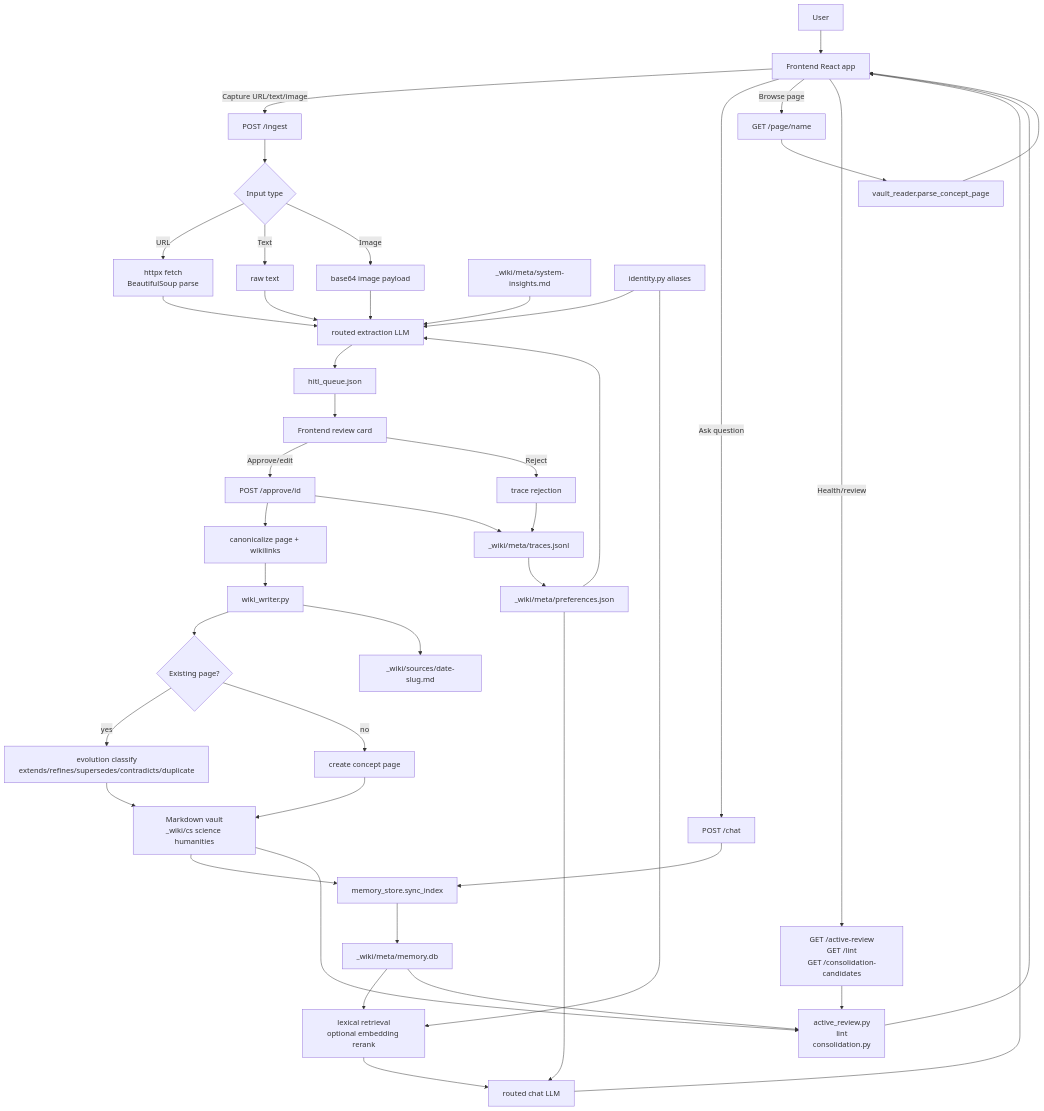
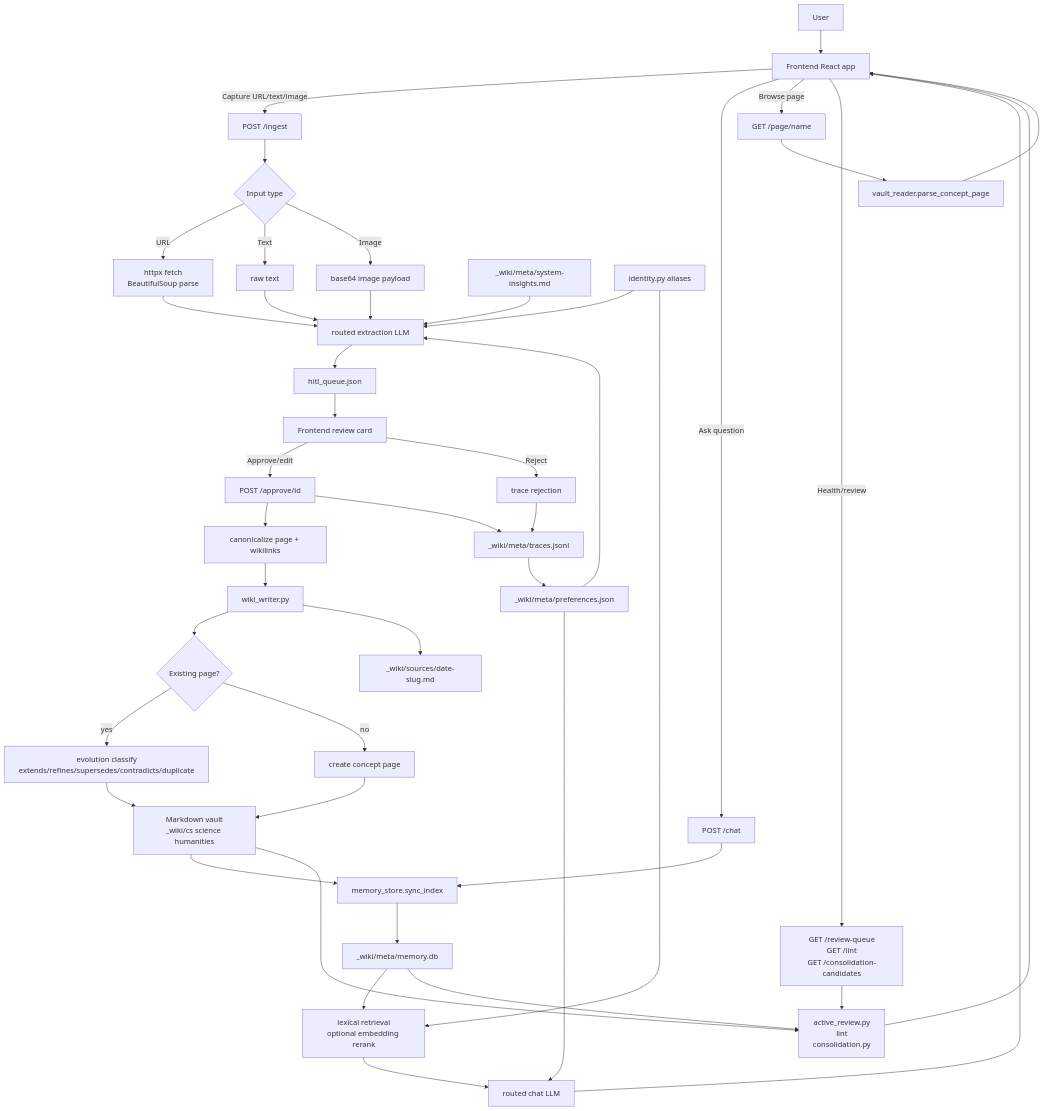
One commit to Sakethv7/SakethWiki changed the third of 9 diagrams in CONCEPTS.md. Above: the diagram before and after it, drawn with Mermaid. The commit also changed other lines of this file and 16 other files, not shown here.

````diff
--- a/CONCEPTS.md
+++ b/CONCEPTS.md
@@ -77,55 +77,55 @@
 ```mermaid
 flowchart TD
     U[User] --> FE[Frontend React app]
 
     FE -->|Capture URL/text/image| ING[POST /ingest]
     FE -->|Ask question| CHAT[POST /chat]
     FE -->|Browse page| PAGE[GET /page/name]
-    FE -->|Health/review| REVIEW[GET /active-review\nGET /lint\nGET /consolidation-candidates]
+    FE -->|Health/review| REVIEW[GET /review-queue\nGET /lint\nGET /consolidation-candidates]
 
     ING --> FETCH{Input type}
     FETCH -->|URL| HTML[httpx fetch\nBeautifulSoup parse]
     FETCH -->|Text| RAW[raw text]
     FETCH -->|Image| IMG[base64 image payload]
     HTML --> EXTRACT[routed extraction LLM]
     RAW --> EXTRACT
     IMG --> EXTRACT
 
     PREF[_wiki/meta/preferences.json] --> EXTRACT
     INSIGHTS[_wiki/meta/system-insights.md] --> EXTRACT
     ALIAS[identity.py aliases] --> EXTRACT
 
     EXTRACT --> QUEUE[hitl_queue.json]
     QUEUE --> FE_REVIEW[Frontend review card]
     FE_REVIEW -->|Approve/edit| APPROVE[POST /approve/id]
     FE_REVIEW -->|Reject| REJECT[trace rejection]
 
     APPROVE --> CANON[canonicalize page + wikilinks]
     CANON --> WRITE[wiki_writer.py]
     WRITE --> EVOLVE{Existing page?}
     EVOLVE -->|yes| CLASSIFY[evolution classify\nextends/refines/supersedes/contradicts/duplicate]
     EVOLVE -->|no| CREATE[create concept page]
     CLASSIFY --> VAULT[Markdown vault\n_wiki/cs science humanities]
     CREATE --> VAULT
     WRITE --> SOURCE[_wiki/sources/date-slug.md]
     APPROVE --> TRACE[_wiki/meta/traces.jsonl]
     REJECT --> TRACE
     TRACE --> PREF
 
     CHAT --> SYNC[memory_store.sync_index]
     VAULT --> SYNC
     SYNC --> DB[_wiki/meta/memory.db]
     DB --> RETRIEVE[lexical retrieval\noptional embedding rerank]
     ALIAS --> RETRIEVE
     RETRIEVE --> ANSWER[routed chat LLM]
     PREF --> ANSWER
     ANSWER --> FE
 
     PAGE --> PARSE[vault_reader.parse_concept_page]
     PARSE --> FE
 
     REVIEW --> REVIEWER[active_review.py\nlint\nconsolidation.py]
     VAULT --> REVIEWER
     DB --> REVIEWER
     REVIEWER --> FE
 ```
````
